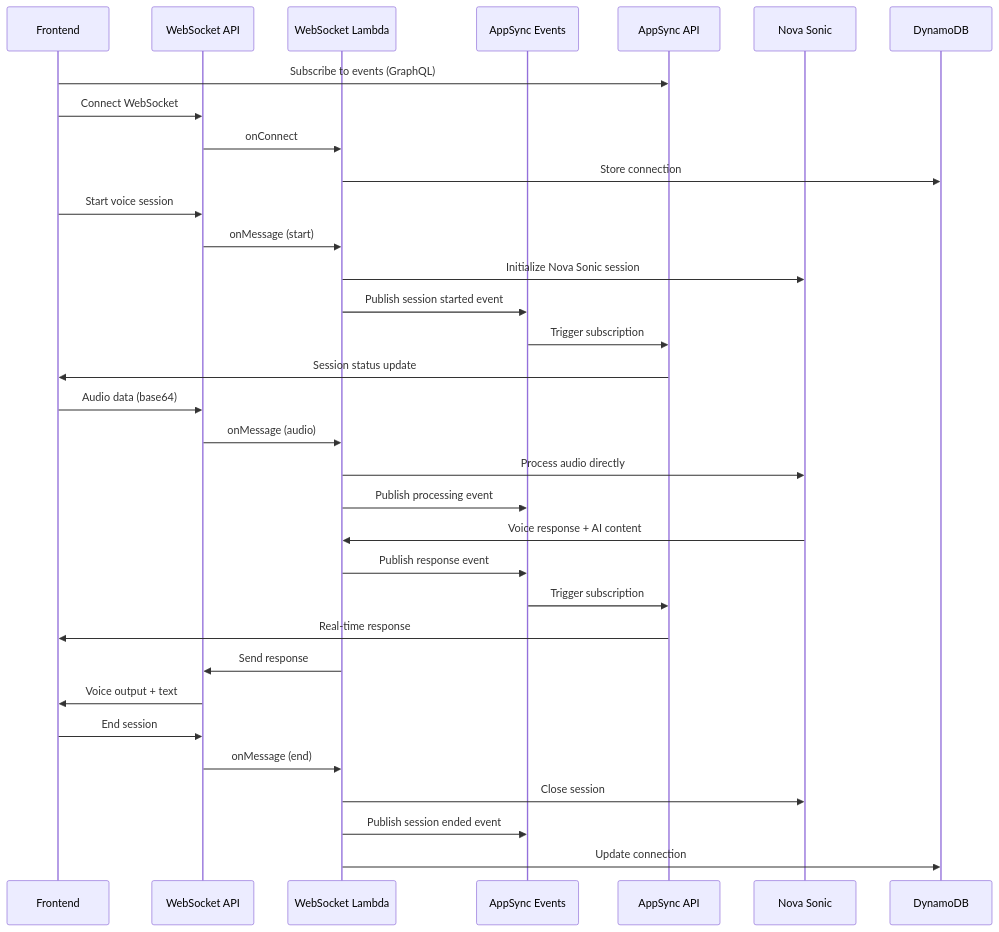
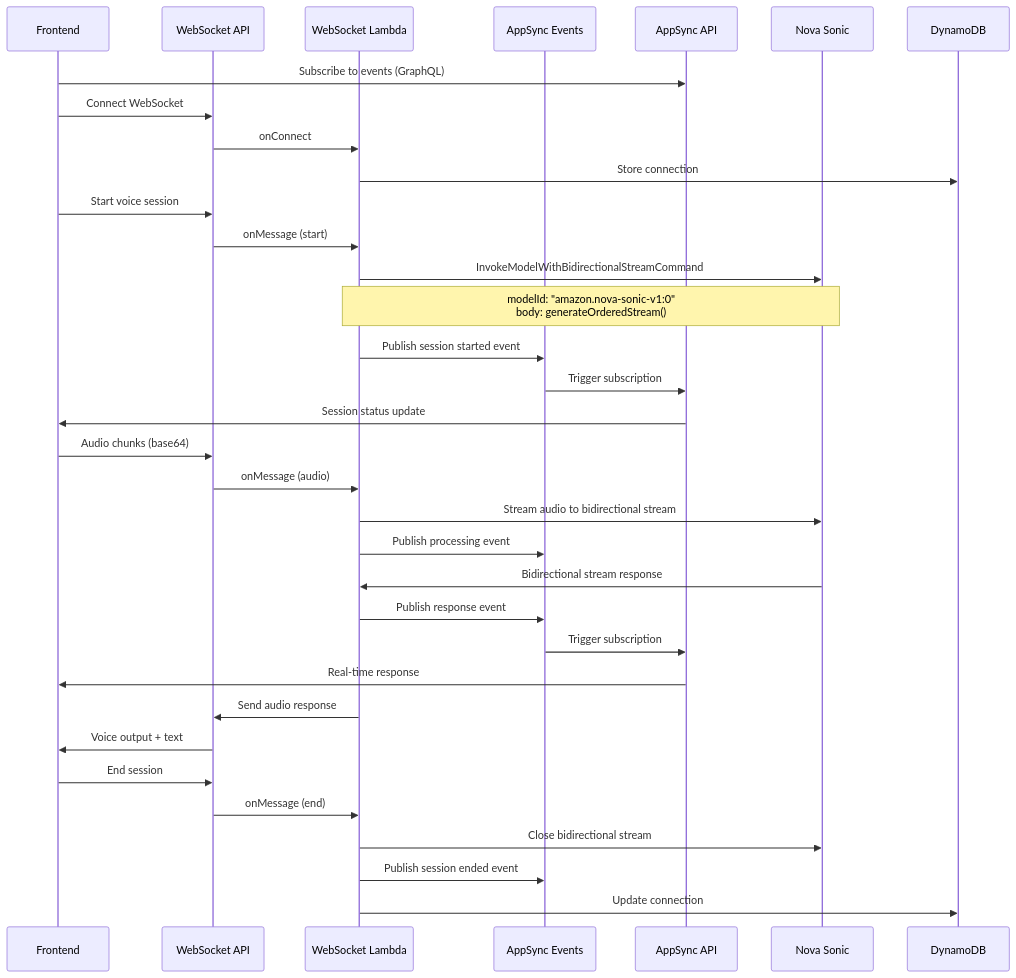
Before and after one commit to julianfrank/airium0: the second of 3 diagrams in .kiro/specs/ai-powered-groupware/design.md, drawn with Mermaid. The commit also changed other lines of this file and 23 other files, not shown here.

Commit message:
Task 7 Build Nova Sonic S2S

````diff
--- a/.kiro/specs/ai-powered-groupware/design.md
+++ b/.kiro/specs/ai-powered-groupware/design.md
@@ -159,40 +183,41 @@
 ```mermaid
 sequenceDiagram
     participant UI as Frontend
     participant WS as WebSocket API
     participant Lambda as WebSocket Lambda
     participant ASE as AppSync Events
     participant AS as AppSync API
     participant NS as Nova Sonic
     participant DB as DynamoDB
     
     UI->>AS: Subscribe to events (GraphQL)
     UI->>WS: Connect WebSocket
     WS->>Lambda: onConnect
     Lambda->>DB: Store connection
     
     UI->>WS: Start voice session
     WS->>Lambda: onMessage (start)
-    Lambda->>NS: Initialize Nova Sonic session
+    Lambda->>NS: InvokeModelWithBidirectionalStreamCommand
+    Note over Lambda,NS: modelId: "amazon.nova-sonic-v1:0"<br/>body: generateOrderedStream()
     Lambda->>ASE: Publish session started event
     ASE->>AS: Trigger subscription
     AS->>UI: Session status update
     
-    UI->>WS: Audio data (base64)
+    UI->>WS: Audio chunks (base64)
     WS->>Lambda: onMessage (audio)
-    Lambda->>NS: Process audio directly
+    Lambda->>NS: Stream audio to bidirectional stream
     Lambda->>ASE: Publish processing event
     
-    NS->>Lambda: Voice response + AI content
+    NS->>Lambda: Bidirectional stream response
     Lambda->>ASE: Publish response event
     ASE->>AS: Trigger subscription
     AS->>UI: Real-time response
-    Lambda->>WS: Send response
+    Lambda->>WS: Send audio response
     WS->>UI: Voice output + text
     
     UI->>WS: End session
     WS->>Lambda: onMessage (end)
-    Lambda->>NS: Close session
+    Lambda->>NS: Close bidirectional stream
     Lambda->>ASE: Publish session ended event
     Lambda->>DB: Update connection
 ```
````
